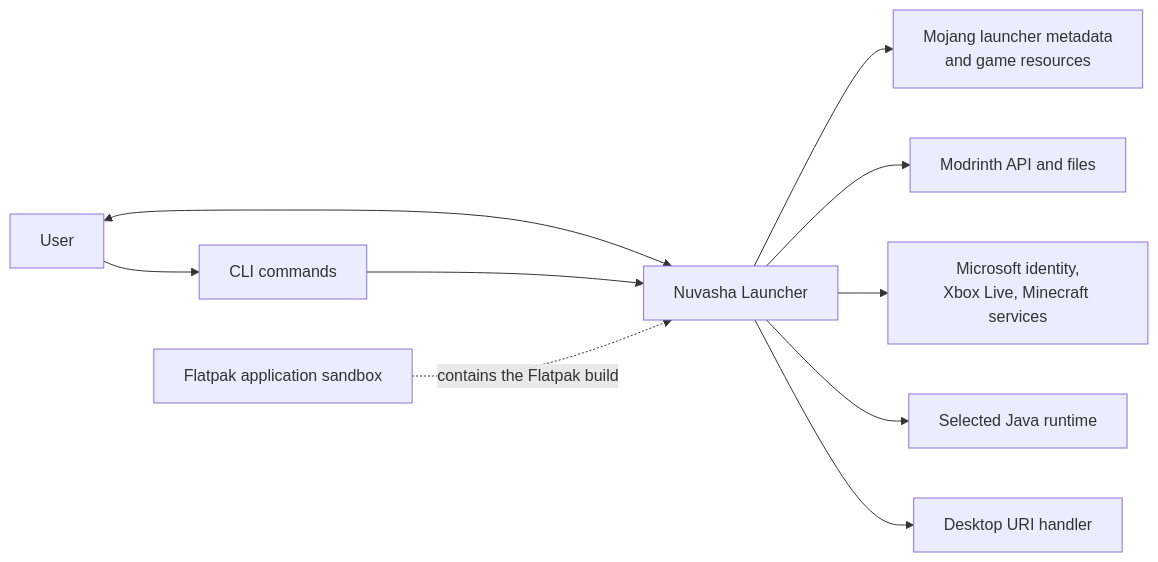
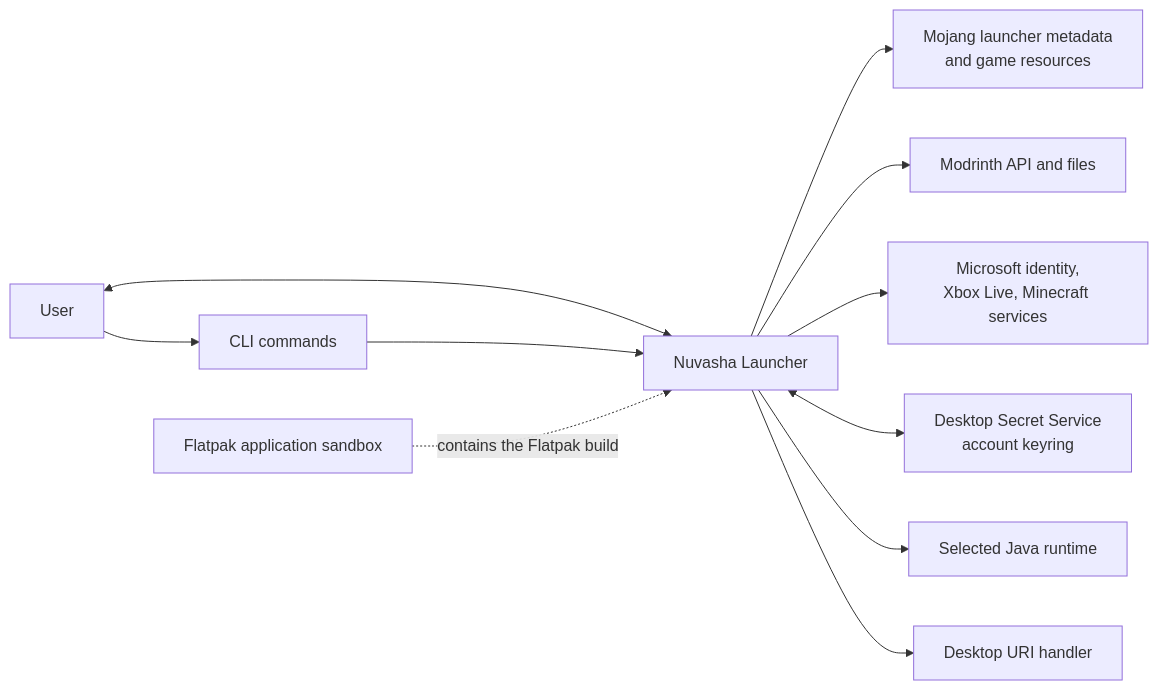
The first of 3 diagrams in docs/architecture.md (NuvashaLauncher/NuvashaLauncher), drawn with Mermaid before and after one commit. The commit also changed other lines of this file and 2 other files, not shown here.

````diff
--- a/docs/architecture.md
+++ b/docs/architecture.md
@@ -36,23 +36,26 @@
 ```mermaid
 flowchart LR
     User[User]
     launcher[Nuvasha Launcher]
     CLI[CLI commands]
     Mojang[Mojang launcher metadata
 and game resources]
     Modrinth[Modrinth API and files]
     Microsoft[Microsoft identity,
 Xbox Live, Minecraft services]
+    Secrets[Desktop Secret Service
+account keyring]
     Desktop[Desktop URI handler]
     Java[Selected Java runtime]
     Flatpak[Flatpak application sandbox]
 
     User <--> launcher
     User --> CLI --> launcher
     launcher --> Mojang
     launcher --> Modrinth
     launcher --> Microsoft
+    launcher <--> Secrets
     launcher --> Java
     Flatpak -. contains the Flatpak build .-> launcher
     launcher --> Desktop
 ```
````
